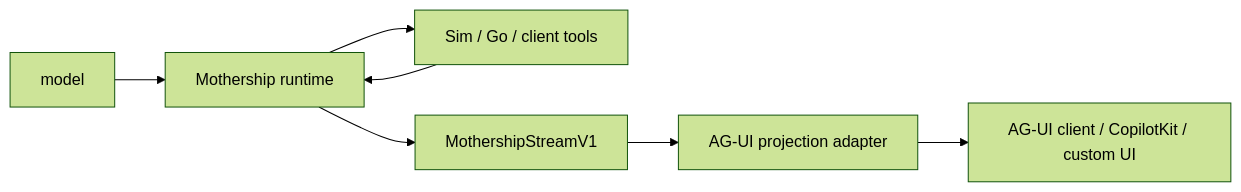
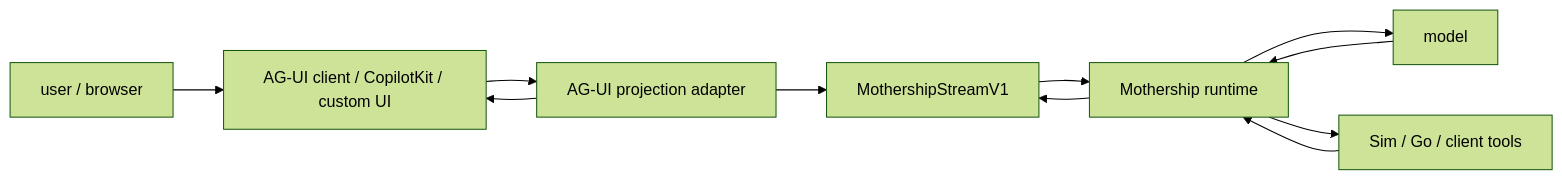
The first of 5 diagrams in site/docs/mothership-contract/10-agui-positioning.md (nfbs2000/speaky-sim), drawn with Mermaid (forest theme) before and after one commit. The commit also changed other lines of this file and 5 other files, not shown here.

````diff
--- a/site/docs/mothership-contract/10-agui-positioning.md
+++ b/site/docs/mothership-contract/10-agui-positioning.md
@@ -9,9 +23,13 @@
 ```mermaid
 flowchart LR
-  Model["model"] --> Runtime["Mothership runtime"]
+  User["user / browser"] --> UI["AG-UI client / CopilotKit / custom UI"]
+  UI --> Adapter["AG-UI projection adapter"]
+  Adapter --> Stream["MothershipStreamV1"]
+  Stream --> Runtime["Mothership runtime"]
+  Runtime --> Model["model"]
+  Model --> Runtime
   Runtime --> Tools["Sim / Go / client tools"]
   Tools --> Runtime
-  Runtime --> Stream["MothershipStreamV1"]
-  Stream --> Adapter["AG-UI projection adapter"]
-  Adapter --> UI["AG-UI client / CopilotKit / custom UI"]
+  Runtime --> Stream
+  Adapter --> UI
 ```
````
